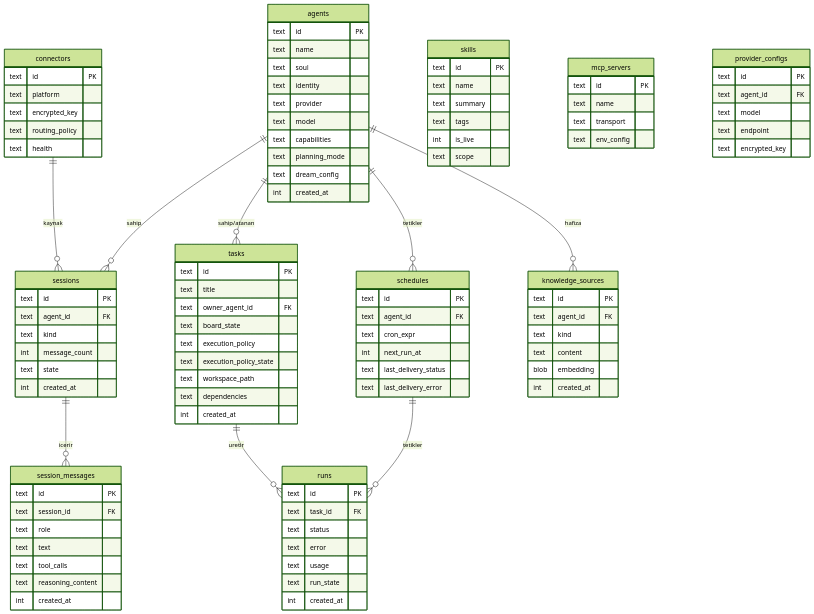
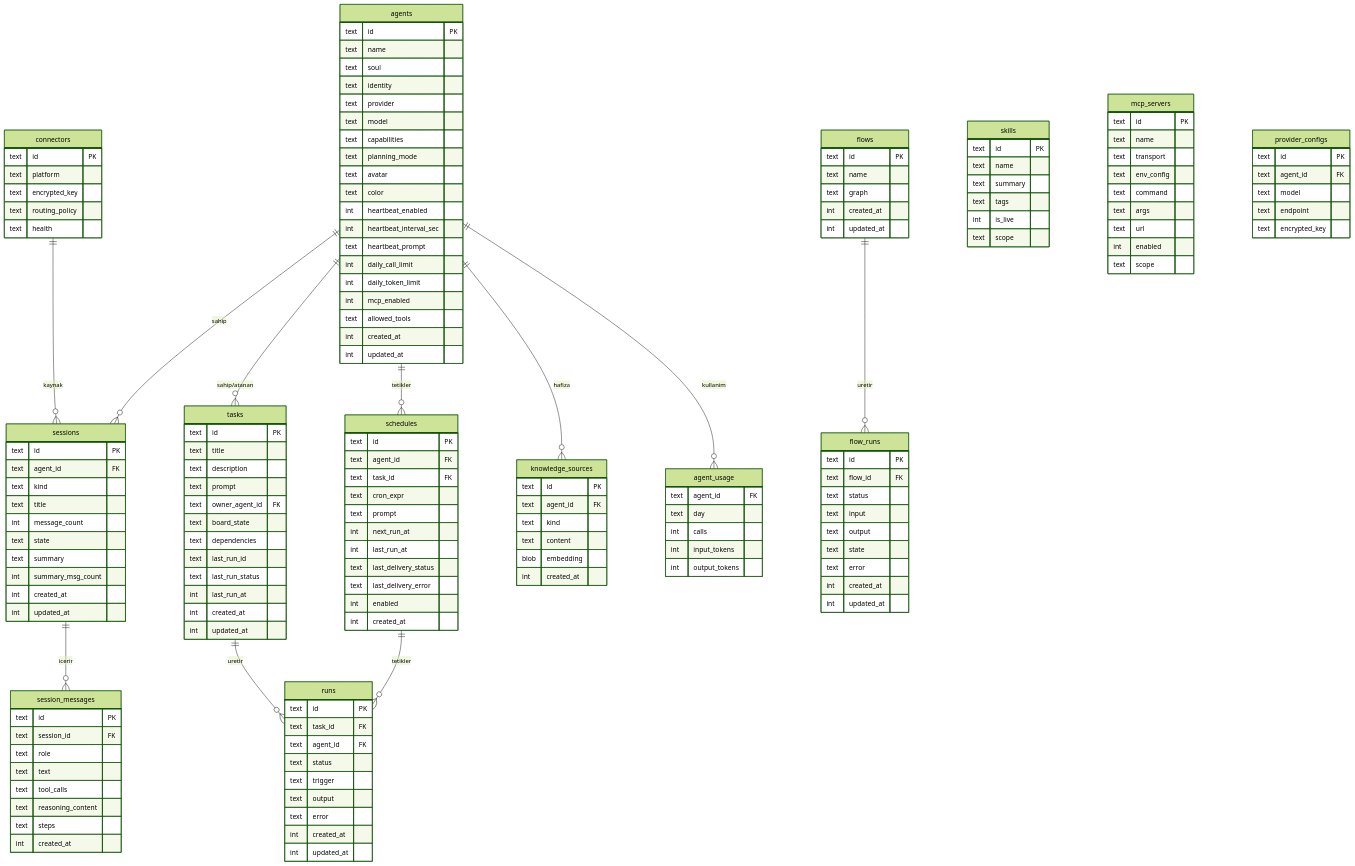
The diagram in _Docs/02-VERI-MODELI.md (bilal-arikan/tionharness), drawn with Mermaid (forest theme) before and after one commit. The commit also changed other lines of this file and 5 other files, not shown here.

```diff
--- a/_Docs/02-VERI-MODELI.md
+++ b/_Docs/02-VERI-MODELI.md
@@ -13,6 +18,8 @@
     tasks ||--o{ runs : "uretir"
     schedules ||--o{ runs : "tetikler"
     agents ||--o{ knowledge_sources : "hafiza"
+    agents ||--o{ agent_usage : "kullanim"
+    flows ||--o{ flow_runs : "uretir"
     connectors ||--o{ sessions : "kaynak"
 
     agents {
@@ -24,16 +31,36 @@
         text model
         text capabilities
         text planning_mode
-        text dream_config
+        text avatar
+        text color
+        int  heartbeat_enabled
+        int  heartbeat_interval_sec
+        text heartbeat_prompt
+        int  daily_call_limit
+        int  daily_token_limit
+        int  mcp_enabled
+        text allowed_tools
         int  created_at
+        int  updated_at
     }
     sessions {
         text id PK
         text agent_id FK
         text kind
+        text title
         int  message_count
         text state
+        text summary
+        int  summary_msg_count
         int  created_at
+        int  updated_at
+    }
+    agent_usage {
+        text agent_id FK
+        text day
+        int  calls
+        int  input_tokens
+        int  output_tokens
     }
     session_messages {
         text id PK
@@ -42,35 +69,46 @@
         text text
         text tool_calls
         text reasoning_content
+        text steps
         int  created_at
     }
     tasks {
         text id PK
         text title
+        text description
+        text prompt
         text owner_agent_id FK
         text board_state
-        text execution_policy
-        text execution_policy_state
-        text workspace_path
         text dependencies
+        text last_run_id
+        text last_run_status
+        int  last_run_at
         int  created_at
+        int  updated_at
     }
     schedules {
         text id PK
         text agent_id FK
+        text task_id FK
         text cron_expr
+        text prompt
         int  next_run_at
+        int  last_run_at
         text last_delivery_status
         text last_delivery_error
+        int  enabled
+        int  created_at
     }
     runs {
         text id PK
         text task_id FK
+        text agent_id FK
         text status
+        text trigger
+        text output
         text error
-        text usage
-        text run_state
         int  created_at
+        int  updated_at
     }
     connectors {
         text id PK
@@ -100,6 +138,29 @@
         text name
         text transport
         text env_config
+        text command
+        text args
+        text url
+        int  enabled
+        text scope
+    }
+    flows {
+        text id PK
+        text name
+        text graph
+        int  created_at
+        int  updated_at
+    }
+    flow_runs {
+        text id PK
+        text flow_id FK
+        text status
+        text input
+        text output
+        text state
+        text error
+        int  created_at
+        int  updated_at
     }
     provider_configs {
         text id PK
```
